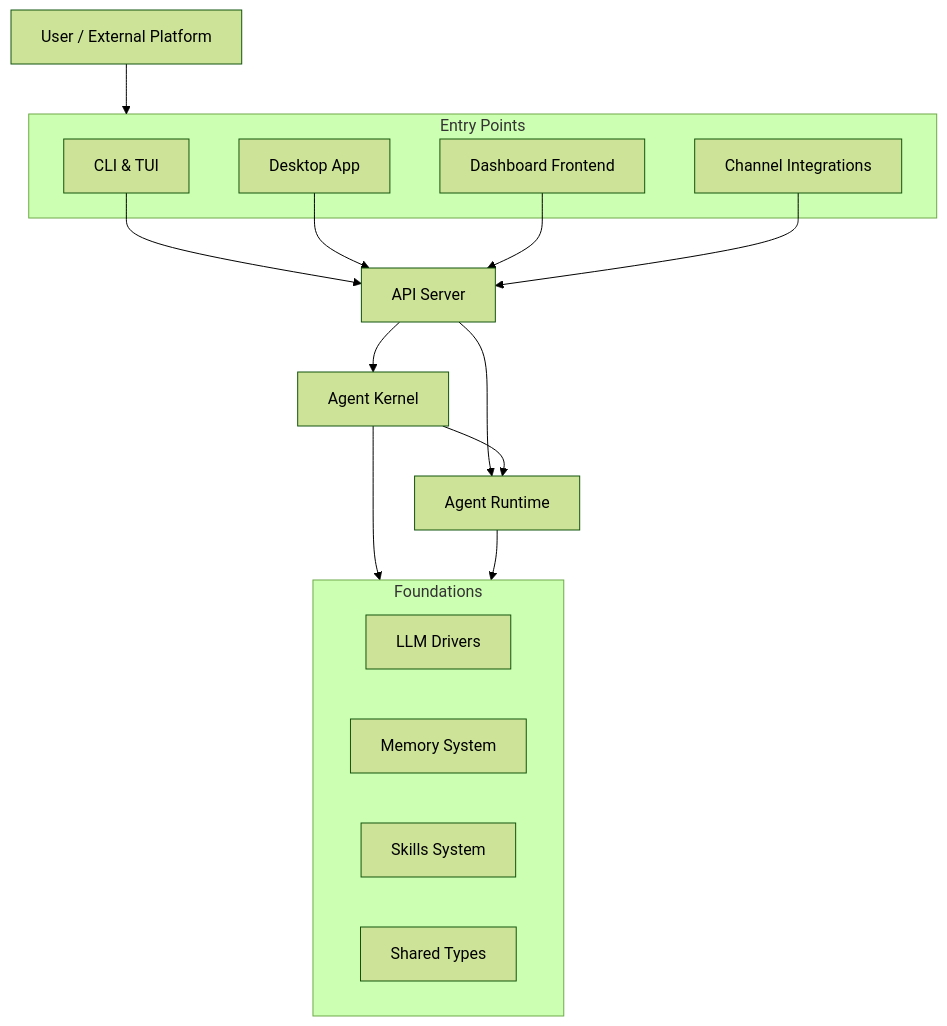
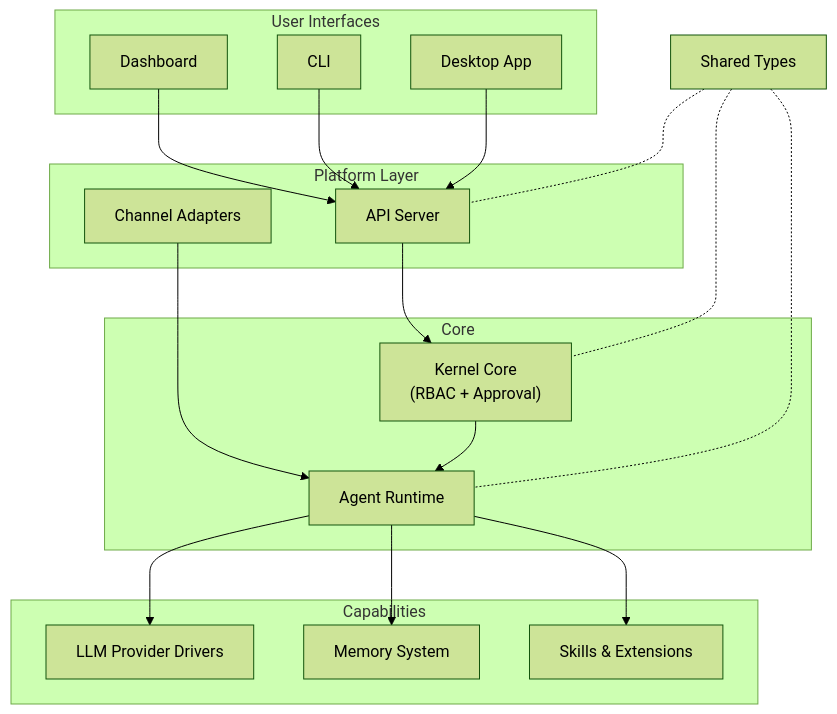
Before and after one commit to leszek3737/librefang-WIki: the diagram in overview.md, drawn with Mermaid (forest theme). The commit also changed other lines of this file and 100 other files, not shown here.

````diff
--- a/overview.md
+++ b/overview.md
@@ -9,33 +11,39 @@
 ```mermaid
-graph TB
-    User["User / External Platform"]
-
-    subgraph Entries["Entry Points"]
-        CLI["CLI & TUI"]
-        Desktop["Desktop App"]
-        Dashboard["Dashboard Frontend"]
-        Channels["Channel Integrations"]
+graph TD
+    subgraph "User Interfaces"
+        DASH["Dashboard"]
+        CLI["CLI"]
+        DESK["Desktop App"]
     end
 
-    API["API Server"]
-    Kernel["Agent Kernel"]
-    Runtime["Agent Runtime"]
-
-    subgraph Foundations["Foundations"]
-        LLM["LLM Drivers"]
-        Memory["Memory System"]
-        Skills["Skills System"]
-        Types["Shared Types"]
+    subgraph "Platform Layer"
+        API["API Server"]
+        CH["Channel Adapters"]
     end
 
-    User --> Entries
+    subgraph "Core"
+        KC["Kernel Core<br/>(RBAC + Approval)"]
+        AR["Agent Runtime"]
+    end
+
+    subgraph "Capabilities"
+        LLM["LLM Provider Drivers"]
+        MEM["Memory System"]
+        SKILL["Skills & Extensions"]
+    end
+
+    TYPES["Shared Types"]
+
+    DASH --> API
     CLI --> API
-    Desktop --> API
-    Dashboard --> API
-    Channels --> API
-    API --> Kernel
-    API --> Runtime
-    Kernel --> Runtime
-    Kernel --> Foundations
-    Runtime --> Foundations
+    DESK --> API
+    CH --> AR
+    API --> KC
+    KC --> AR
+    AR --> LLM
+    AR --> MEM
+    AR --> SKILL
+    TYPES -.- API
+    TYPES -.- AR
+    TYPES -.- KC
 ```
````
